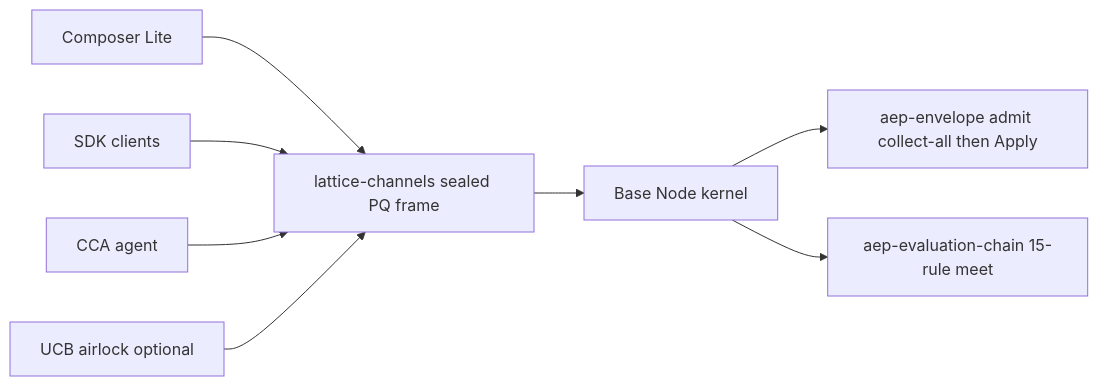
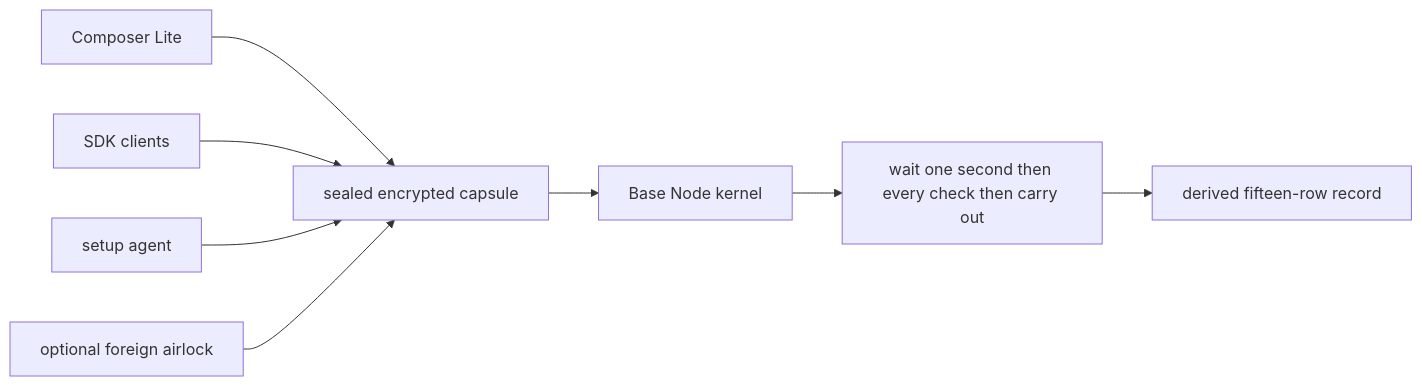
Before and after one commit to thePM001/AEP-agent-element-protocol: the third of 4 diagrams in README.md, drawn with Mermaid. The commit also changed other lines of this file and 15 other files, not shown here.

````diff
--- a/README.md
+++ b/README.md
@@ -110,18 +254,18 @@
 ```mermaid
 flowchart LR
   UI[Composer Lite]
   SDK[SDK clients]
-  CCA[CCA agent]
-  UCB[UCB airlock optional]
-  LT[lattice-channels sealed PQ frame]
+  CCA[setup agent]
+  UCB[optional foreign airlock]
+  LT[sealed encrypted capsule]
   BN[Base Node kernel]
-  ADMIT[aep-envelope admit collect-all then Apply]
-  MEET[aep-evaluation-chain 15-rule meet]
+  EVAL[wait one second then every check then carry out]
+  LEDGER[derived fifteen-row record]
   UI --> LT
   SDK --> LT
   CCA --> LT
   UCB --> LT
   LT --> BN
-  BN --> ADMIT
-  BN --> MEET
+  BN --> EVAL
+  EVAL --> LEDGER
 ```
````
